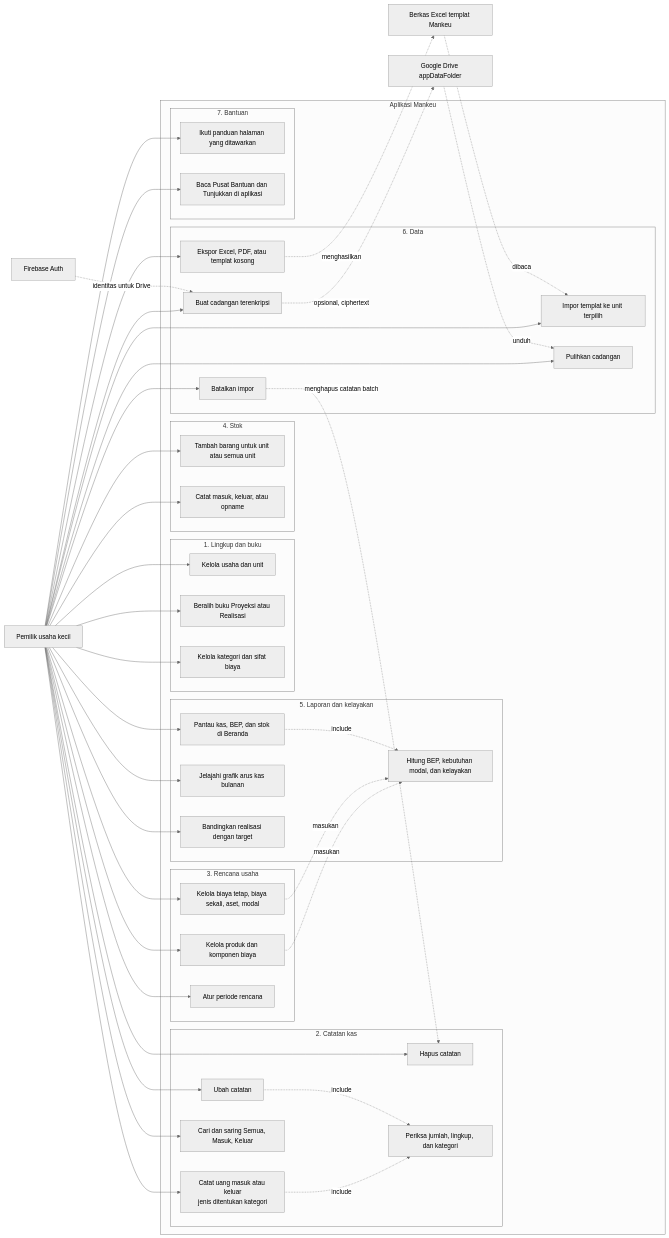
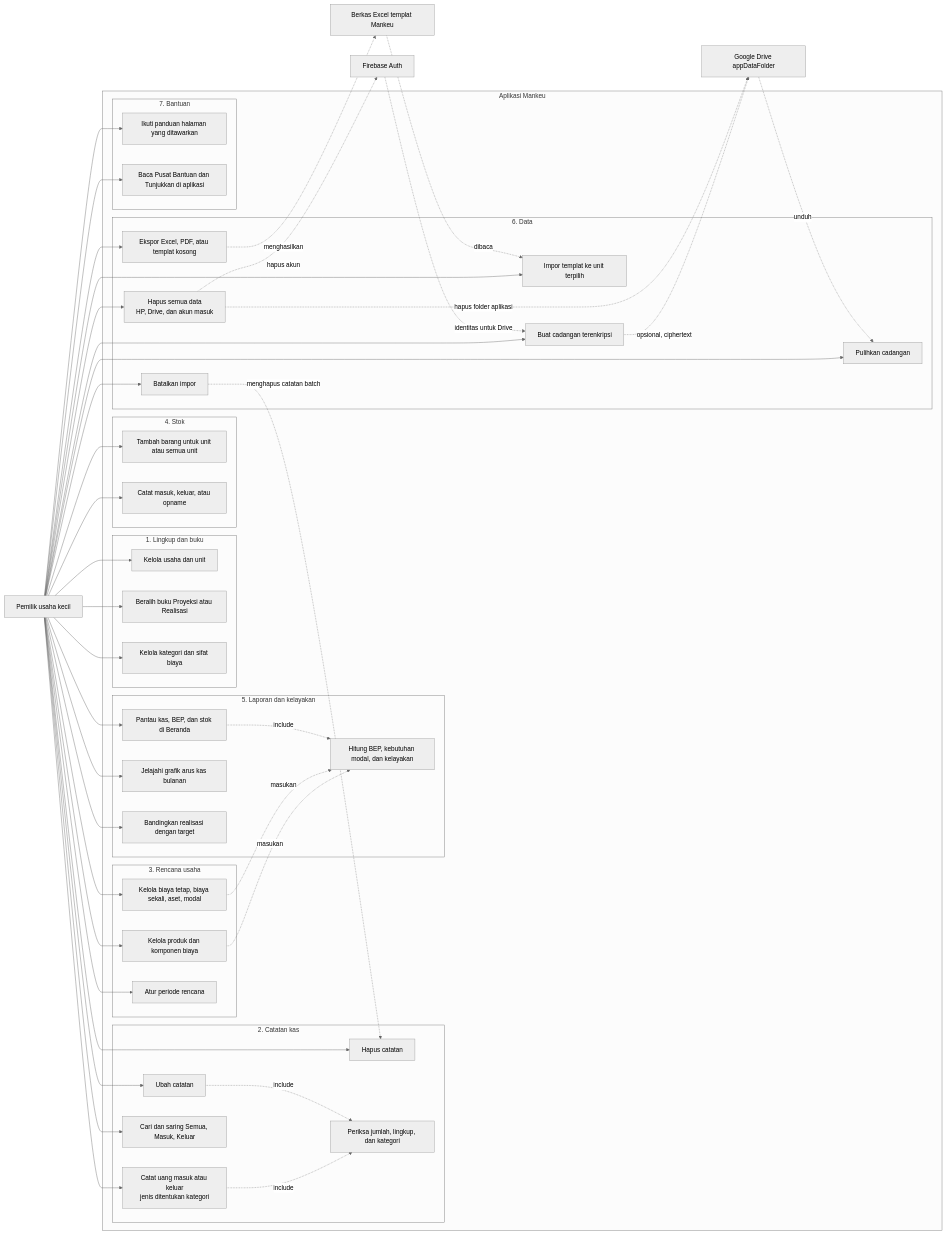
The diagram in docs/diagrams/03_use_case_diagram.md (adsurkasur/Mankeu), drawn with Mermaid (neutral theme) before and after one commit. The commit also changed other lines of this file and 24 other files, not shown here.

First line of the commit message:
feat(mankeu): Hapus semua data, including Google Drive and the sign-in account (DEC-020)

````diff
--- a/docs/diagrams/03_use_case_diagram.md
+++ b/docs/diagrams/03_use_case_diagram.md
@@ -48,6 +48,7 @@
             ucExport["Ekspor Excel, PDF, atau templat kosong"]
             ucBackup["Buat cadangan terenkripsi"]
             ucRestore["Pulihkan cadangan"]
+            ucErase["Hapus semua data<br/>HP, Drive, dan akun masuk"]
         end
 
         subgraph helpModule ["7. Bantuan"]
@@ -76,6 +77,7 @@
     owner --> ucExport
     owner --> ucBackup
     owner --> ucRestore
+    owner --> ucErase
     owner --> ucTour
     owner --> ucHelp
 
@@ -90,4 +92,6 @@
     ucBackup -.->|"opsional, ciphertext"| googleDrive
     googleDrive -.->|"unduh"| ucRestore
     firebaseAuth -.->|"identitas untuk Drive"| ucBackup
+    ucErase -.->|"hapus folder aplikasi"| googleDrive
+    ucErase -.->|"hapus akun"| firebaseAuth
 ```
````
